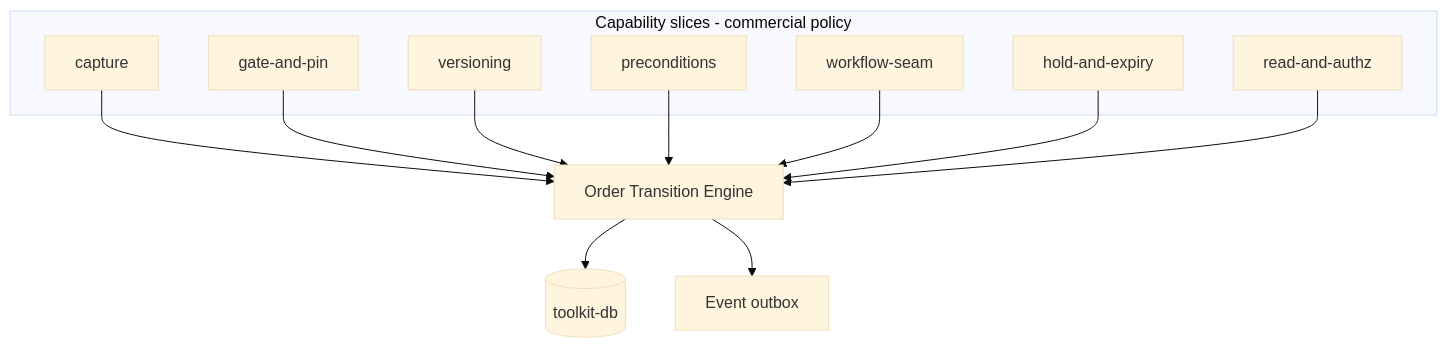
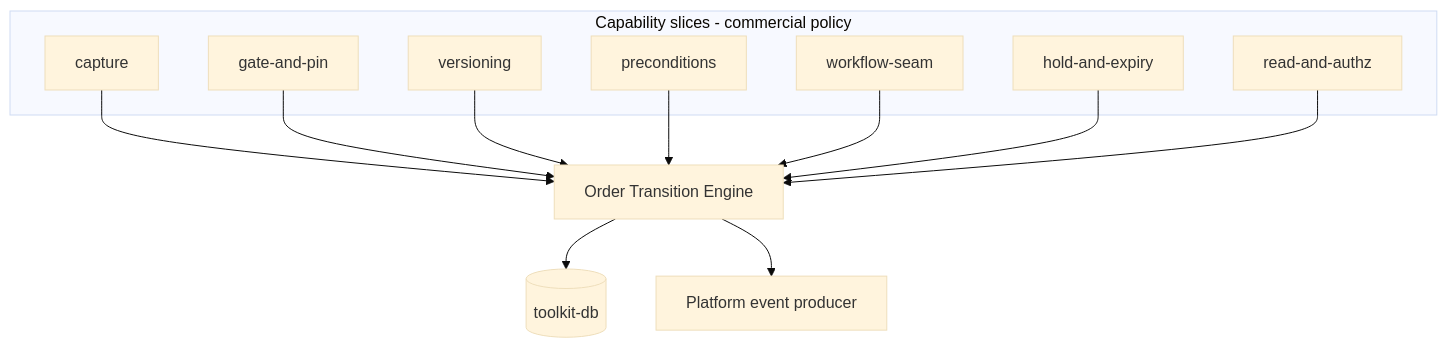
One commit to constructorfabric/gears-rust changed the first of 6 diagrams in gears/bss/orders-lifecycle/docs/DESIGN.md. Above: the diagram before and after it, drawn with Mermaid (base theme). The commit also changed other lines of this file and 33 other files, not shown here.

````diff
--- a/gears/bss/orders-lifecycle/docs/DESIGN.md
+++ b/gears/bss/orders-lifecycle/docs/DESIGN.md
@@ -378,24 +392,24 @@
 ```mermaid
 graph TB
     subgraph Slices["Capability slices - commercial policy"]
         CAP[capture]
         GATE[gate-and-pin]
         VER[versioning]
         PRE[preconditions]
         SEAM[workflow-seam]
         HOLD[hold-and-expiry]
         READ[read-and-authz]
     end
     ENG[Order Transition Engine]
     DB[(toolkit-db)]
-    OUT[Event outbox]
+    OUT[Platform event producer]
     CAP --> ENG
     GATE --> ENG
     VER --> ENG
     PRE --> ENG
     SEAM --> ENG
     HOLD --> ENG
     READ --> ENG
     ENG --> DB
     ENG --> OUT
 ```
````
